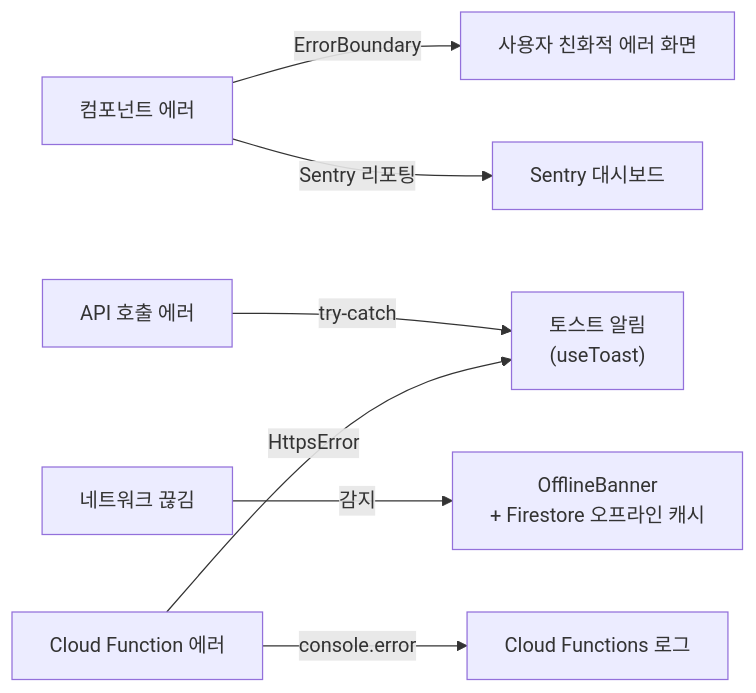
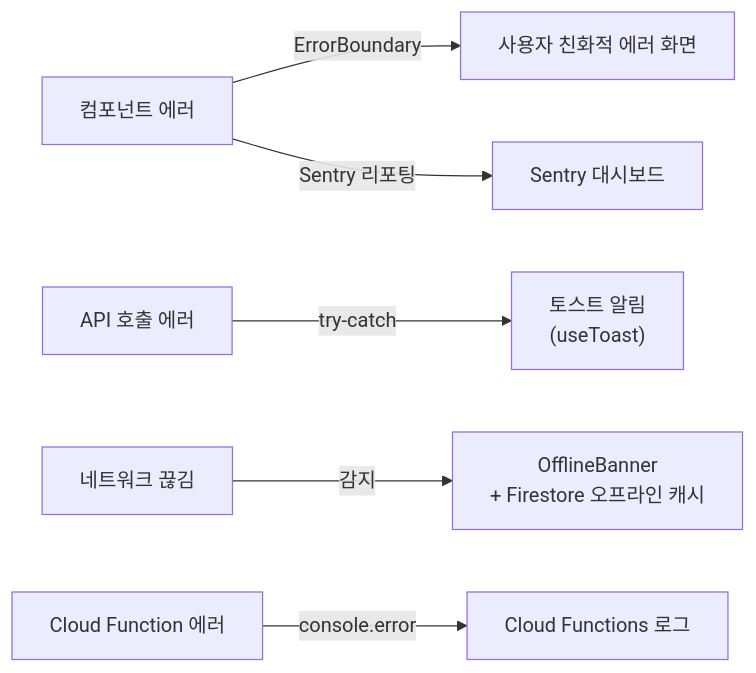
Before and after one commit to dreamworker0/vehicle-drive-log: the fifth of 5 diagrams in 구현계획서.md, drawn with Mermaid. The commit also changed other lines of this file and 187 other files, not shown here.

````diff
--- a/구현계획서.md
+++ b/구현계획서.md
@@ -739,9 +745,8 @@
 ```mermaid
 graph LR
     A["컴포넌트 에러"] -->|ErrorBoundary| B["사용자 친화적 에러 화면"]
     A -->|Sentry 리포팅| C["Sentry 대시보드"]
     D["API 호출 에러"] -->|try-catch| E["토스트 알림<br/>(useToast)"]
     F["네트워크 끊김"] -->|감지| G["OfflineBanner<br/>+ Firestore 오프라인 캐시"]
     H["Cloud Function 에러"] -->|console.error| I["Cloud Functions 로그"]
-    H -->|HttpsError| E
 ```
````
